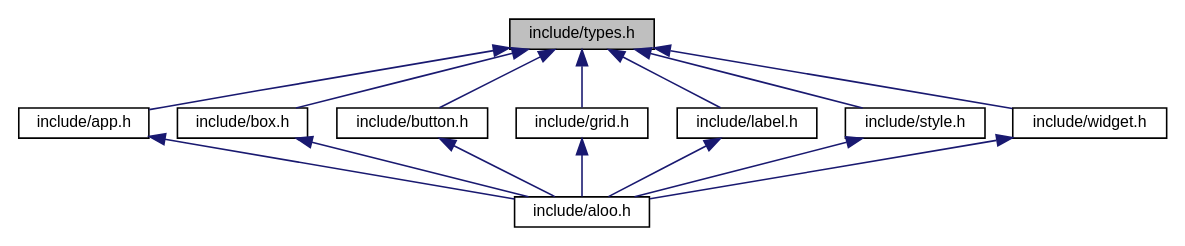
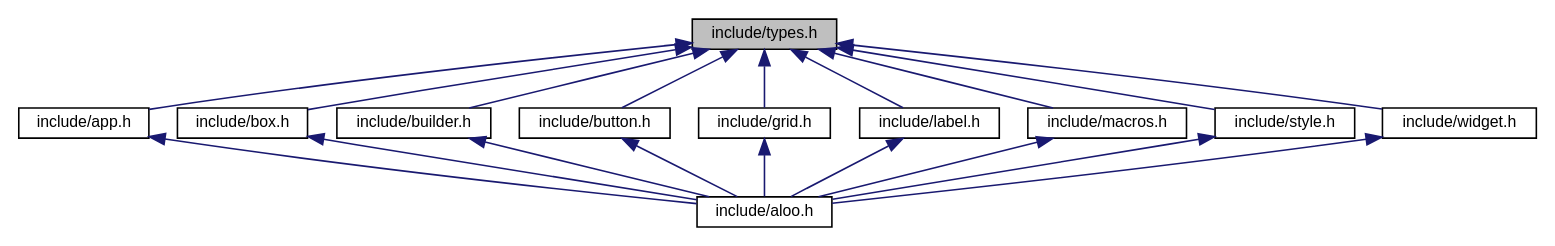
The diagram in gtk-use/docs/rtf/types_8h__dep__incl.dot (BhJaipal/Programming), drawn with Graphviz before and after one commit. The commit also changed 301 other files, not shown here.

```diff
--- a/gtk-use/docs/rtf/types_8h__dep__incl.dot
+++ b/gtk-use/docs/rtf/types_8h__dep__incl.dot
@@ -1,29 +1,35 @@
 digraph "include/types.h"
 {
  // LATEX_PDF_SIZE
   edge [fontname="Helvetica",fontsize="10",labelfontname="Helvetica",labelfontsize="10"];
   node [fontname="Helvetica",fontsize="10",shape=record];
-  Node1 [label="include/types.h",height=0.2,width=0.4,color="black", fillcolor="grey75", style="filled", fontcolor="black",tooltip=" "];
+  Node1 [label="include/types.h",height=0.2,width=0.4,color="black", fillcolor="grey75", style="filled", fontcolor="black",tooltip="Aloo Project Types related functions."];
   Node1 -> Node2 [dir="back",color="midnightblue",fontsize="10",style="solid",fontname="Helvetica"];
-  Node2 [label="include/app.h",height=0.2,width=0.4,color="black", fillcolor="white", style="filled",URL="$app_8h.html",tooltip=" "];
+  Node2 [label="include/app.h",height=0.2,width=0.4,color="black", fillcolor="white", style="filled",URL="$app_8h.html",tooltip="Aloo Application related functions."];
   Node2 -> Node3 [dir="back",color="midnightblue",fontsize="10",style="solid",fontname="Helvetica"];
-  Node3 [label="include/aloo.h",height=0.2,width=0.4,color="black", fillcolor="white", style="filled",URL="$aloo_8h.html",tooltip=" "];
+  Node3 [label="include/aloo.h",height=0.2,width=0.4,color="black", fillcolor="white", style="filled",URL="$aloo_8h.html",tooltip="Aloo Project Main file It conatins all the header files."];
   Node1 -> Node4 [dir="back",color="midnightblue",fontsize="10",style="solid",fontname="Helvetica"];
-  Node4 [label="include/box.h",height=0.2,width=0.4,color="black", fillcolor="white", style="filled",URL="$box_8h.html",tooltip=" "];
+  Node4 [label="include/box.h",height=0.2,width=0.4,color="black", fillcolor="white", style="filled",URL="$box_8h.html",tooltip="Aloo Box functions."];
   Node4 -> Node3 [dir="back",color="midnightblue",fontsize="10",style="solid",fontname="Helvetica"];
   Node1 -> Node5 [dir="back",color="midnightblue",fontsize="10",style="solid",fontname="Helvetica"];
-  Node5 [label="include/button.h",height=0.2,width=0.4,color="black", fillcolor="white", style="filled",URL="$button_8h.html",tooltip=" "];
+  Node5 [label="include/builder.h",height=0.2,width=0.4,color="black", fillcolor="white", style="filled",URL="$builder_8h.html",tooltip="This file contains UI Builder related functions."];
   Node5 -> Node3 [dir="back",color="midnightblue",fontsize="10",style="solid",fontname="Helvetica"];
   Node1 -> Node6 [dir="back",color="midnightblue",fontsize="10",style="solid",fontname="Helvetica"];
-  Node6 [label="include/grid.h",height=0.2,width=0.4,color="black", fillcolor="white", style="filled",URL="$grid_8h.html",tooltip=" "];
+  Node6 [label="include/button.h",height=0.2,width=0.4,color="black", fillcolor="white", style="filled",URL="$button_8h.html",tooltip="Aloo Button related functions."];
   Node6 -> Node3 [dir="back",color="midnightblue",fontsize="10",style="solid",fontname="Helvetica"];
   Node1 -> Node7 [dir="back",color="midnightblue",fontsize="10",style="solid",fontname="Helvetica"];
-  Node7 [label="include/label.h",height=0.2,width=0.4,color="black", fillcolor="white", style="filled",URL="$label_8h.html",tooltip=" "];
+  Node7 [label="include/grid.h",height=0.2,width=0.4,color="black", fillcolor="white", style="filled",URL="$grid_8h.html",tooltip="Aloo Grid related functions."];
   Node7 -> Node3 [dir="back",color="midnightblue",fontsize="10",style="solid",fontname="Helvetica"];
   Node1 -> Node8 [dir="back",color="midnightblue",fontsize="10",style="solid",fontname="Helvetica"];
-  Node8 [label="include/style.h",height=0.2,width=0.4,color="black", fillcolor="white", style="filled",URL="$style_8h.html",tooltip=" "];
+  Node8 [label="include/label.h",height=0.2,width=0.4,color="black", fillcolor="white", style="filled",URL="$label_8h.html",tooltip="Aloo Label related functions."];
   Node8 -> Node3 [dir="back",color="midnightblue",fontsize="10",style="solid",fontname="Helvetica"];
   Node1 -> Node9 [dir="back",color="midnightblue",fontsize="10",style="solid",fontname="Helvetica"];
-  Node9 [label="include/widget.h",height=0.2,width=0.4,color="black", fillcolor="white", style="filled",URL="$widget_8h.html",tooltip=" "];
+  Node9 [label="include/macros.h",height=0.2,width=0.4,color="black", fillcolor="white", style="filled",URL="$macros_8h.html",tooltip="Aloo Project Macros related functions."];
   Node9 -> Node3 [dir="back",color="midnightblue",fontsize="10",style="solid",fontname="Helvetica"];
+  Node1 -> Node10 [dir="back",color="midnightblue",fontsize="10",style="solid",fontname="Helvetica"];
+  Node10 [label="include/style.h",height=0.2,width=0.4,color="black", fillcolor="white", style="filled",URL="$style_8h.html",tooltip="Aloo CSS related functions."];
+  Node10 -> Node3 [dir="back",color="midnightblue",fontsize="10",style="solid",fontname="Helvetica"];
+  Node1 -> Node11 [dir="back",color="midnightblue",fontsize="10",style="solid",fontname="Helvetica"];
+  Node11 [label="include/widget.h",height=0.2,width=0.4,color="black", fillcolor="white", style="filled",URL="$widget_8h.html",tooltip="Aloo Widget related functions."];
+  Node11 -> Node3 [dir="back",color="midnightblue",fontsize="10",style="solid",fontname="Helvetica"];
 }
```
